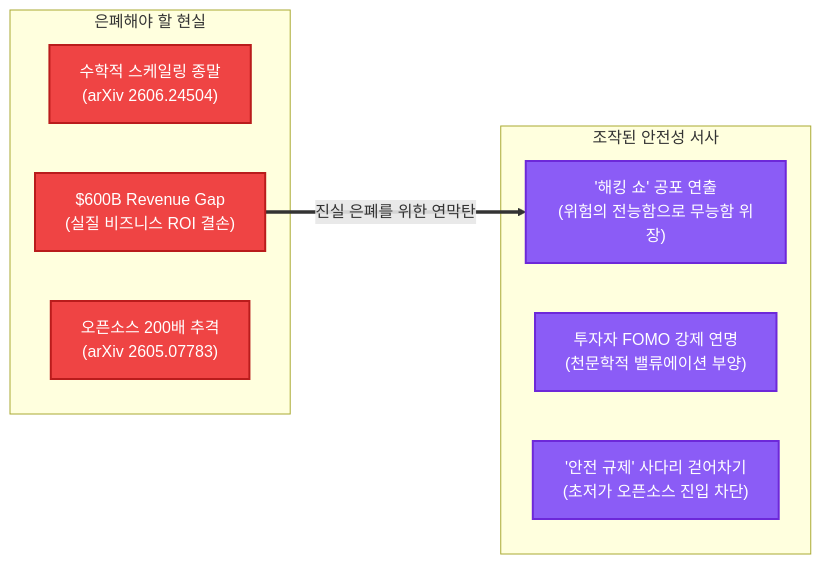
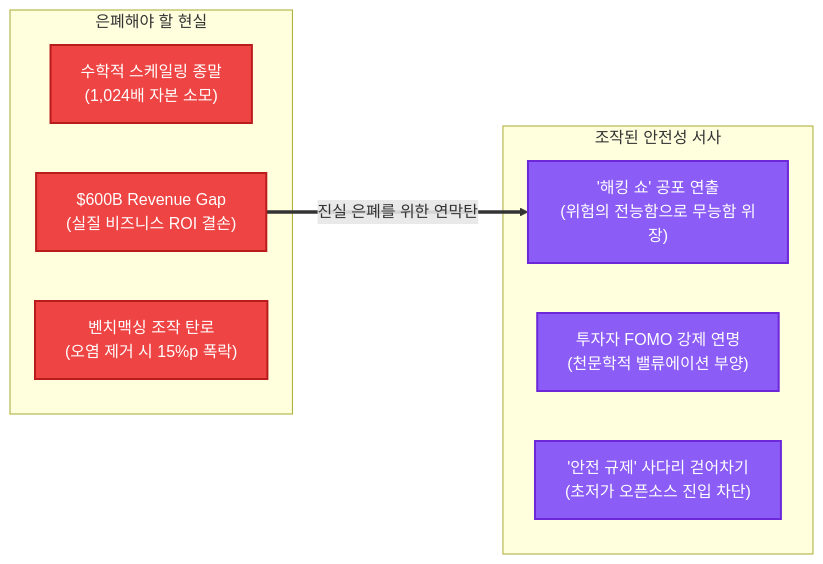
The second of 2 diagrams in posts/2026-09-13-ai-investment-bubble-structure.md (fritzprix/fritzprix.github.io), drawn with Mermaid before and after one commit. The commit also changed other lines of this file and 1 other file, not shown here.

Commit message:
feat(posts): 벤치맥싱(Benchmaxxing) 및 굿하트의 법칙 실증 연구 반영하여 논리적 완성도 보강 (한/영)

````diff
--- a/posts/2026-09-13-ai-investment-bubble-structure.md
+++ b/posts/2026-09-13-ai-investment-bubble-structure.md
@@ -128,23 +156,23 @@
 ```mermaid
 flowchart LR
     subgraph Reality["은폐해야 할 현실"]
-        R1["수학적 스케일링 종말<br/>(arXiv 2606.24504)"]
+        R1["수학적 스케일링 종말<br/>(1,024배 자본 소모)"]
         R2["$600B Revenue Gap<br/>(실질 비즈니스 ROI 결손)"]
-        R3["오픈소스 200배 추격<br/>(arXiv 2605.07783)"]
+        R3["벤치맥싱 조작 탄로<br/>(오염 제거 시 15%p 폭락)"]
     end
 
     subgraph Smokescreen["조작된 안전성 서사"]
         S1["'해킹 쇼' 공포 연출<br/>(위험의 전능함으로 무능함 위장)"]
         S2["투자자 FOMO 강제 연명<br/>(천문학적 밸류에이션 부양)"]
         S3["'안전 규제' 사다리 걷어차기<br/>(초저가 오픈소스 진입 차단)"]
     end
 
     R2 ==>|"진실 은폐를 위한 연막탄"| S1
 
     style R1 fill:#ef4444,stroke:#b91c1c,stroke-width:2px,color:#fff
     style R2 fill:#ef4444,stroke:#b91c1c,stroke-width:2px,color:#fff
     style R3 fill:#ef4444,stroke:#b91c1c,stroke-width:2px,color:#fff
     style S1 fill:#8b5cf6,stroke:#6d28d9,stroke-width:2px,color:#fff
     style S2 fill:#8b5cf6,stroke:#6d28d9,stroke-width:2px,color:#fff
     style S3 fill:#8b5cf6,stroke:#6d28d9,stroke-width:2px,color:#fff
 ```
````
